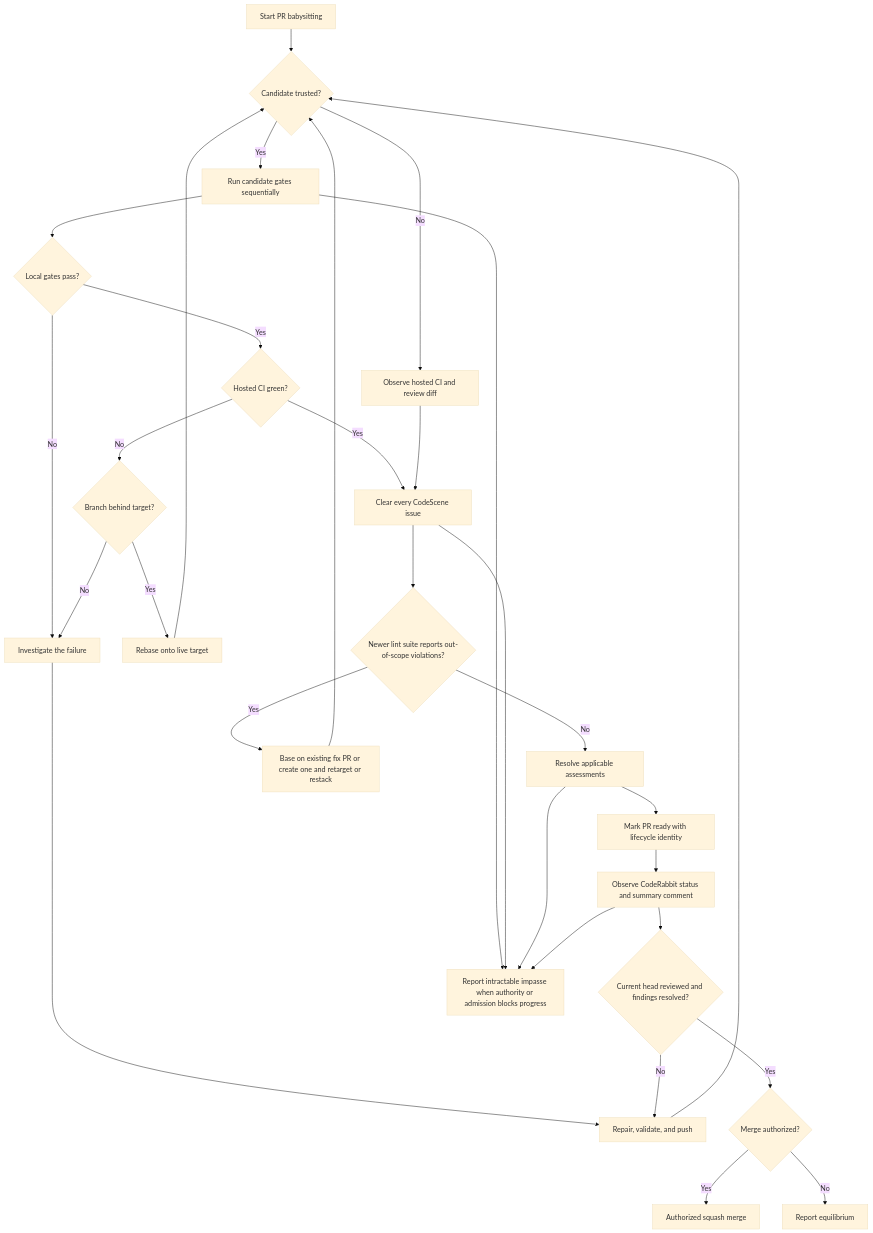
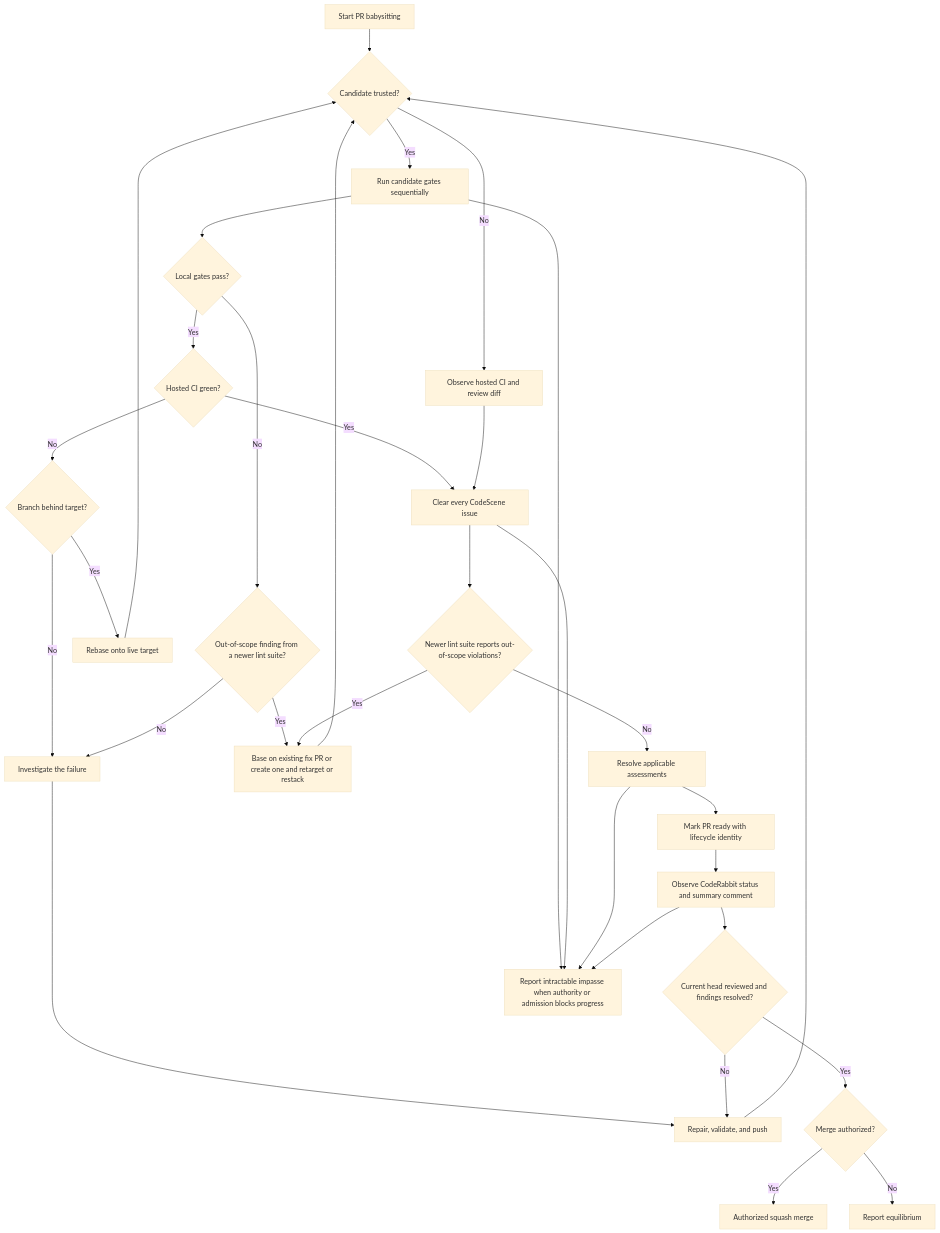
Before and after one commit to leynos/agent-helper-scripts: the third of 6 diagrams in docs/users-guide.md, drawn with Mermaid (base theme). The commit also changed other lines of this file and 6 other files, not shown here.

First line of the commit message:
Classify a red lint gate before routing it to investigation

````diff
--- a/docs/users-guide.md
+++ b/docs/users-guide.md
@@ -768,55 +768,59 @@
 ```mermaid
 flowchart TD
     accTitle: PR babysitting path to equilibrium, merge, or impasse
     accDescr {
         PR babysitting starts with the candidate trust decision. A trusted
         candidate has its gates run sequentially on the host; an untrusted
         one is checked by observing hosted CI and reviewing the diff. A
-        failing local gate is investigated and repaired before readiness. A
+        failing local gate that reports only a newer lint suite's
+        out-of-scope findings is prerequisite work; any other failing local
+        gate is investigated and repaired before readiness. A
         red hosted check whose local gates pass on a branch behind its target
         is rebased onto the target and returns to the trust decision, so the
         rebased candidate has its gates rerun before hosted CI is observed
         again. Any other red hosted check is investigated and repaired. A
         newer lint suite's out-of-scope violations move into a prerequisite
         fix PR, and the changed candidate also returns to the trust decision.
         The agent then clears every CodeScene issue, resolves applicable
         assessments, and marks the PR ready with the lifecycle identity. It then
         observes CodeRabbit's commit status and summary comment. If the
         current head has not been reviewed or its findings are unresolved,
         the agent repairs, validates, and pushes, and the new head returns to
         the trust decision. Once the current head is reviewed and its findings
         are resolved, an authorized merge leads to a squash merge; otherwise
         the agent reports equilibrium. The gate, CodeScene, assessment, and
         review-observation stages can each end in a report of intractable
         impasse when authority or build admission blocks progress.
     }
     A[Start PR babysitting] --> T{Candidate trusted?}
     T -->|Yes| B[Run candidate gates sequentially]
     T -->|No| N[Observe hosted CI and review diff]
     B --> Q{Local gates pass?}
-    Q -->|No| X[Investigate the failure]
+    Q -->|No| W{Out-of-scope finding from a newer lint suite?}
     Q -->|Yes| S{Hosted CI green?}
     S -->|Yes| C[Clear every CodeScene issue]
     S -->|No| P{Branch behind target?}
     P -->|Yes| R[Rebase onto live target]
-    P -->|No| X
+    P -->|No| X[Investigate the failure]
     R --> T
+    W -->|Yes| V[Base on existing fix PR or create one and retarget or restack]
+    W -->|No| X
     X --> H[Repair, validate, and push]
     N --> C
     C --> U{Newer lint suite reports out-of-scope violations?}
     U -->|No| D[Resolve applicable assessments]
-    U -->|Yes| V[Base on existing fix PR or create one and retarget or restack]
+    U -->|Yes| V
     V --> T
     D --> E[Mark PR ready with lifecycle identity]
     E --> F[Observe CodeRabbit status and summary comment]
     F --> G{Current head reviewed and findings resolved?}
     G -->|No| H
     H --> T
     G -->|Yes| I{Merge authorized?}
     I -->|Yes| J[Authorized squash merge]
     I -->|No| K[Report equilibrium]
     B --> L[Report intractable impasse when authority or admission blocks progress]
     C --> L
     D --> L
     F --> L
 ```
````
